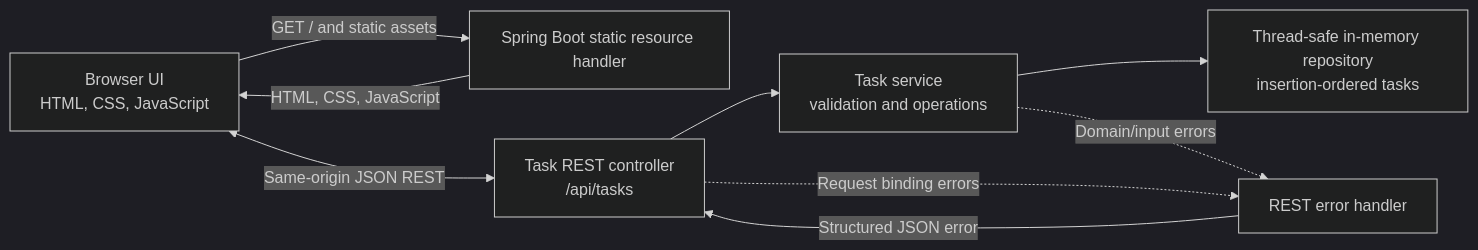
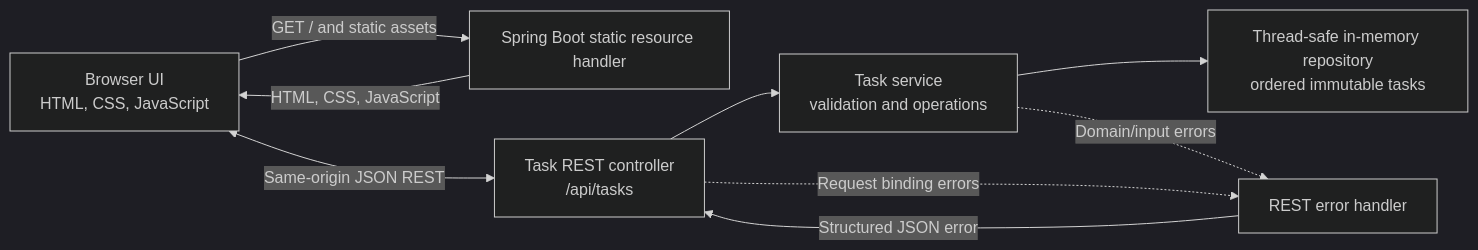
Before and after one commit to vidhi2502/keeper-agentic-sdlc: the first of 2 diagrams in docs/architecture.md, drawn with Mermaid (dark theme). The commit also changed other lines of this file and 1 other file, not shown here.

Commit message:
docs(design-review): add review and update architecture

````diff
--- a/docs/architecture.md
+++ b/docs/architecture.md
@@ -17,18 +17,18 @@
 ```mermaid
 flowchart LR
     Browser["Browser UI<br/>HTML, CSS, JavaScript"]
     Static["Spring Boot static resource handler"]
     Controller["Task REST controller<br/>/api/tasks"]
     Service["Task service<br/>validation and operations"]
-    Repository["Thread-safe in-memory repository<br/>insertion-ordered tasks"]
+    Repository["Thread-safe in-memory repository<br/>ordered immutable tasks"]
     ErrorHandler["REST error handler"]
 
     Browser -->|"GET / and static assets"| Static
     Static -->|"HTML, CSS, JavaScript"| Browser
     Browser <-->|"Same-origin JSON REST"| Controller
     Controller --> Service
     Service --> Repository
     Service -.->|"Domain/input errors"| ErrorHandler
     Controller -.->|"Request binding errors"| ErrorHandler
     ErrorHandler -->|"Structured JSON error"| Controller
 ```
````
